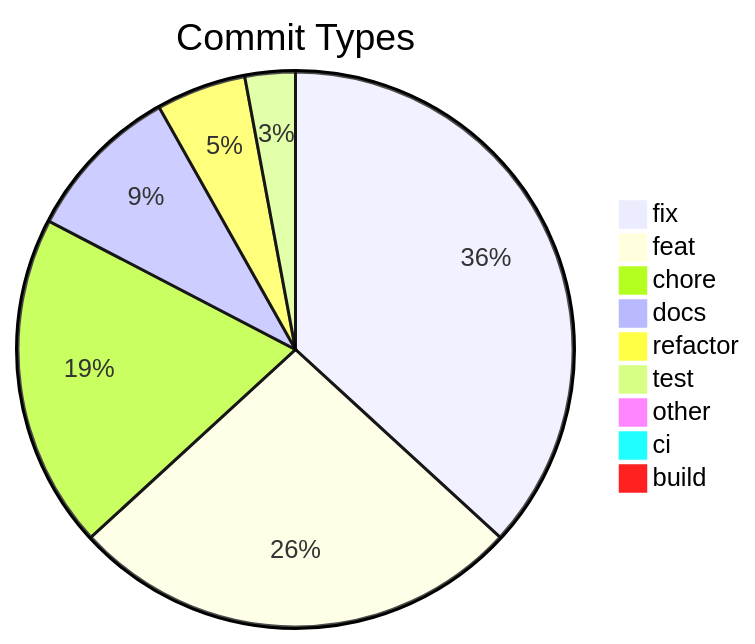
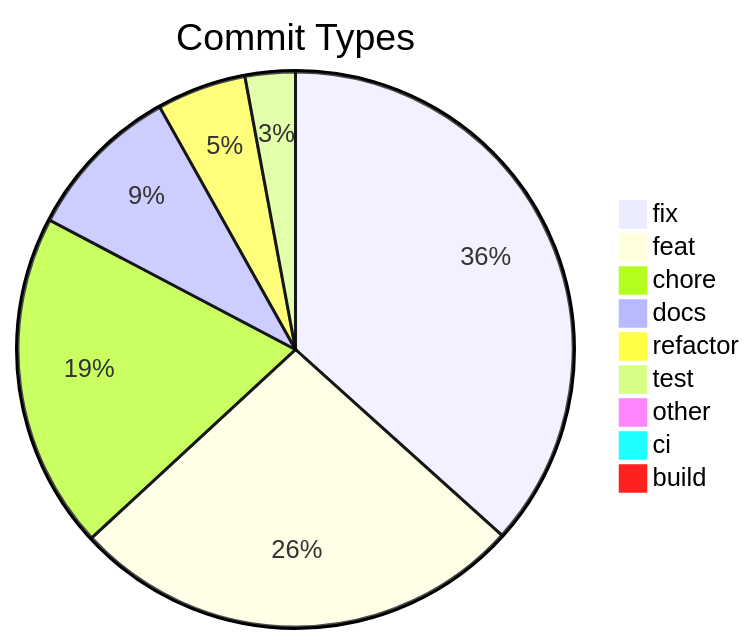
The diagram in .shipwright/compliance/change-history.md (svenroth-ai/shipwright-webui), drawn with Mermaid before and after one commit. The commit also changed other lines of this file and 19 other files, not shown here.

````diff
--- a/.shipwright/compliance/change-history.md
+++ b/.shipwright/compliance/change-history.md
@@ -8,12 +8,12 @@
 ```mermaid
 pie title Commit Types
     "fix" : 176
-    "feat" : 126
-    "chore" : 93
+    "feat" : 127
+    "chore" : 94
     "docs" : 44
     "refactor" : 25
     "test" : 14
     "other" : 4
     "ci" : 3
     "build" : 1
 ```
````
